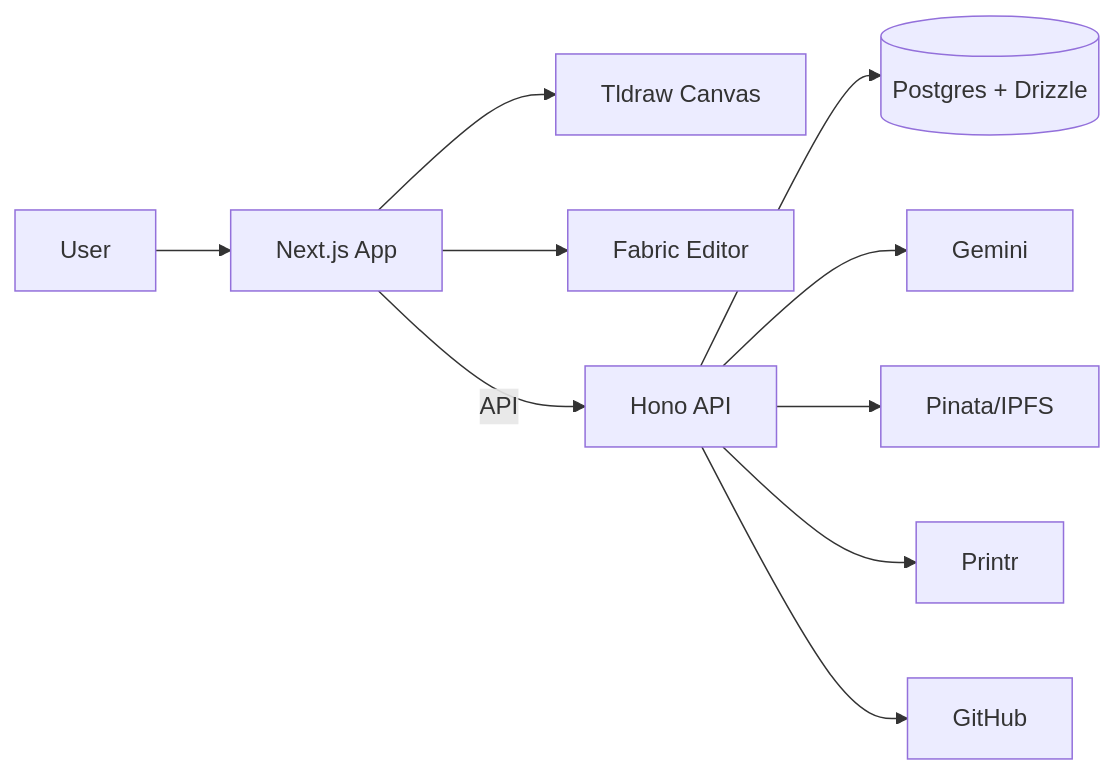
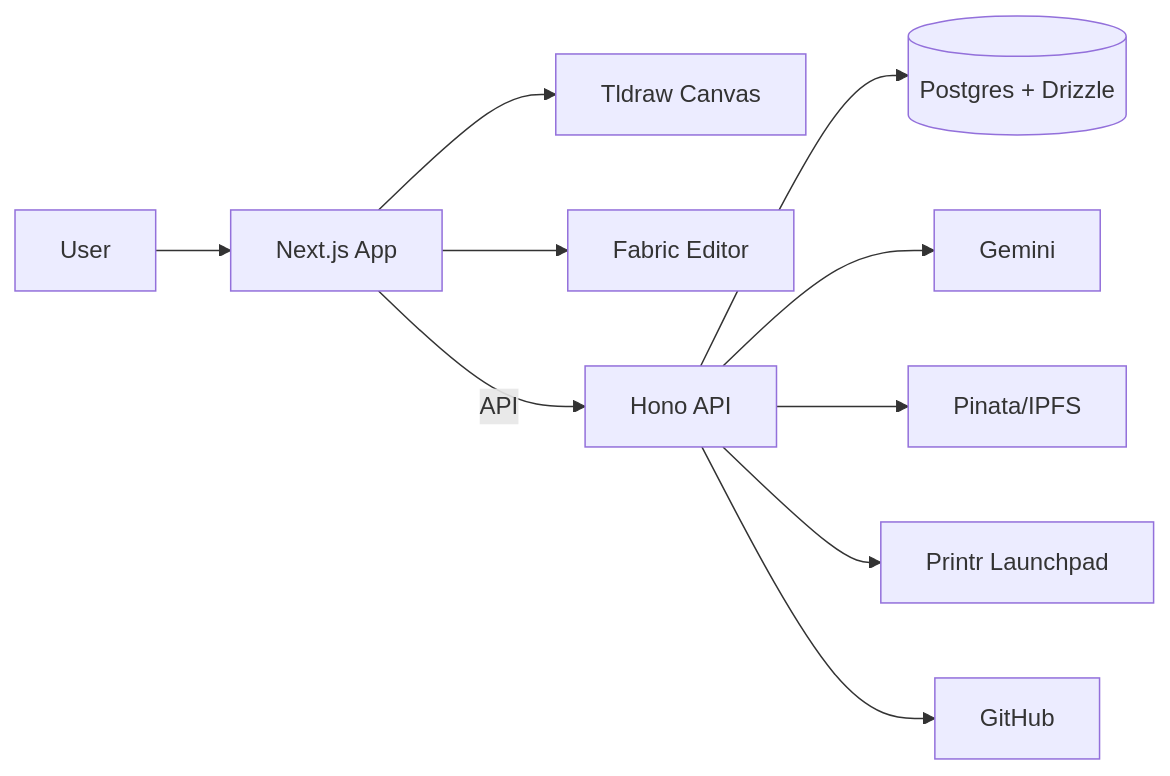
The first of 2 diagrams in README.md (kevinsslin/pigcasso-canva), drawn with Mermaid before and after one commit. The commit also changed other lines of this file and 8 other files, not shown here.

````diff
--- a/README.md
+++ b/README.md
@@ -20,12 +15,12 @@
 ```mermaid
 flowchart LR
   U[User] --> W[Next.js App]
   W --> C[Tldraw Canvas]
   W --> F[Fabric Editor]
   W -->|API| H[Hono API]
   H --> DB[(Postgres + Drizzle)]
   H --> AI[Gemini]
   H --> IPFS[Pinata/IPFS]
-  H --> P[Printr]
+  H --> P[Printr Launchpad]
   H --> GH[GitHub]
 ```
````
